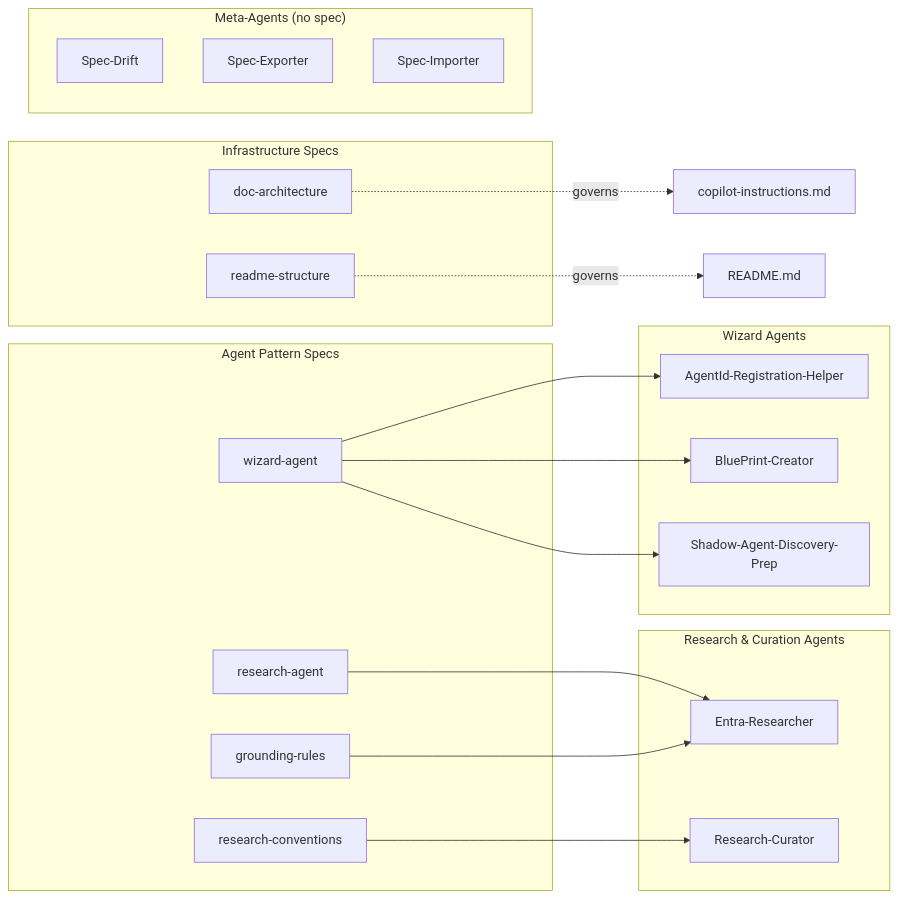
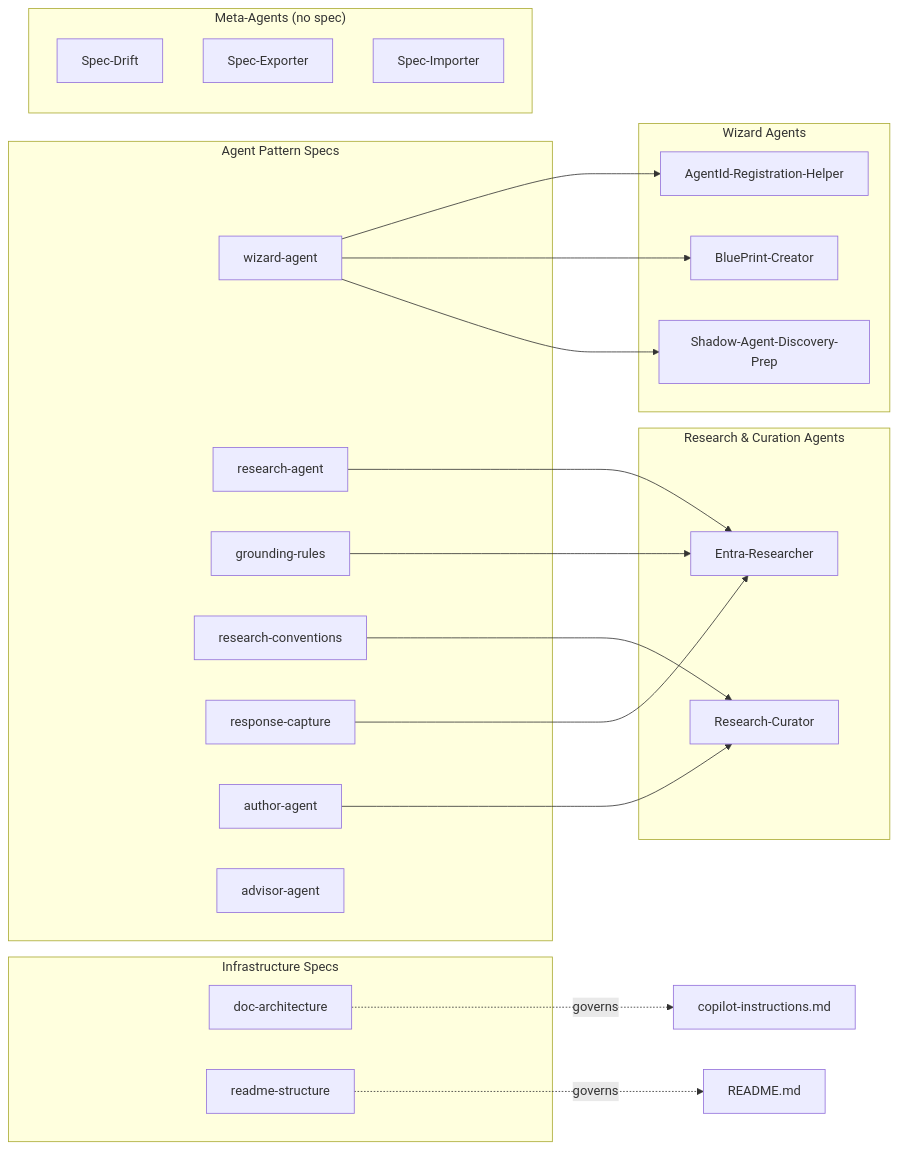
The diagram in docs/spec-driven-development/README.md (paulwu/agent365-management), drawn with Mermaid before and after one commit. The commit also changed other lines of this file and 2 other files, not shown here.

First line of the commit message:
docs: update all documentation for v2.0.0 spec architecture

````diff
--- a/docs/spec-driven-development/README.md
+++ b/docs/spec-driven-development/README.md
@@ -83,41 +88,46 @@
 ```mermaid
 graph LR
     subgraph "Agent Pattern Specs"
         WZ[wizard-agent]
         RA[research-agent]
         GR[grounding-rules]
         NC[research-conventions]
+        RC[response-capture]
+        AA[author-agent]
+        AD[advisor-agent]
     end
 
     subgraph "Infrastructure Specs"
         DA[doc-architecture]
         RS[readme-structure]
     end
 
     subgraph "Wizard Agents"
         REG[AgentId-Registration-Helper]
         BP[BluePrint-Creator]
         SD[Shadow-Agent-Discovery-Prep]
     end
 
     subgraph "Research & Curation Agents"
         ER[Entra-Researcher]
         NA[Research-Curator]
     end
 
     subgraph "Meta-Agents (no spec)"
         DRIFT[Spec-Drift]
         EXP[Spec-Exporter]
         IMP[Spec-Importer]
     end
 
     WZ --> REG
     WZ --> BP
     WZ --> SD
     RA --> ER
     GR --> ER
+    RC --> ER
     NC --> NA
+    AA --> NA
 
     DA -.->|governs| CI[copilot-instructions.md]
     RS -.->|governs| RM[README.md]
 ```
````
